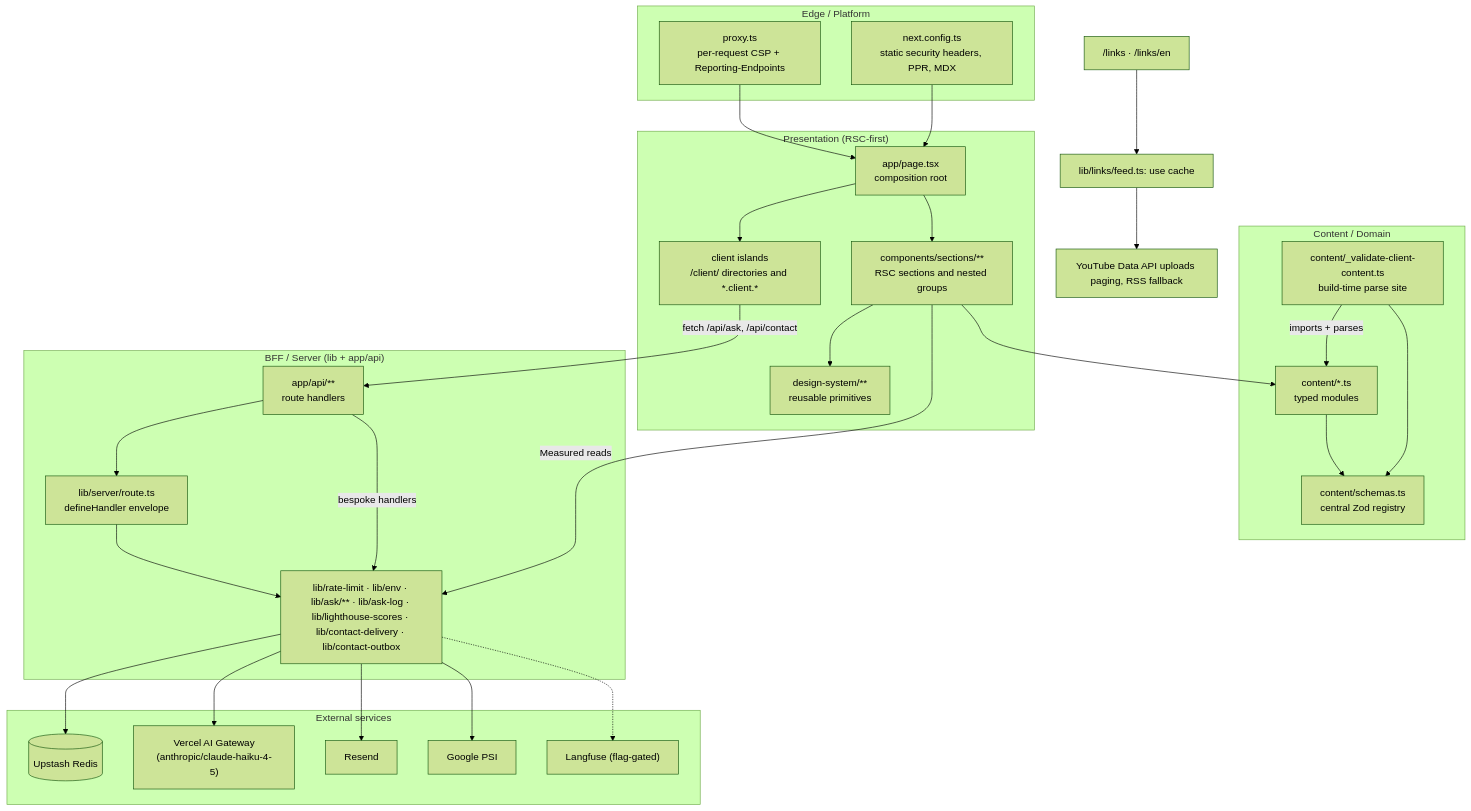
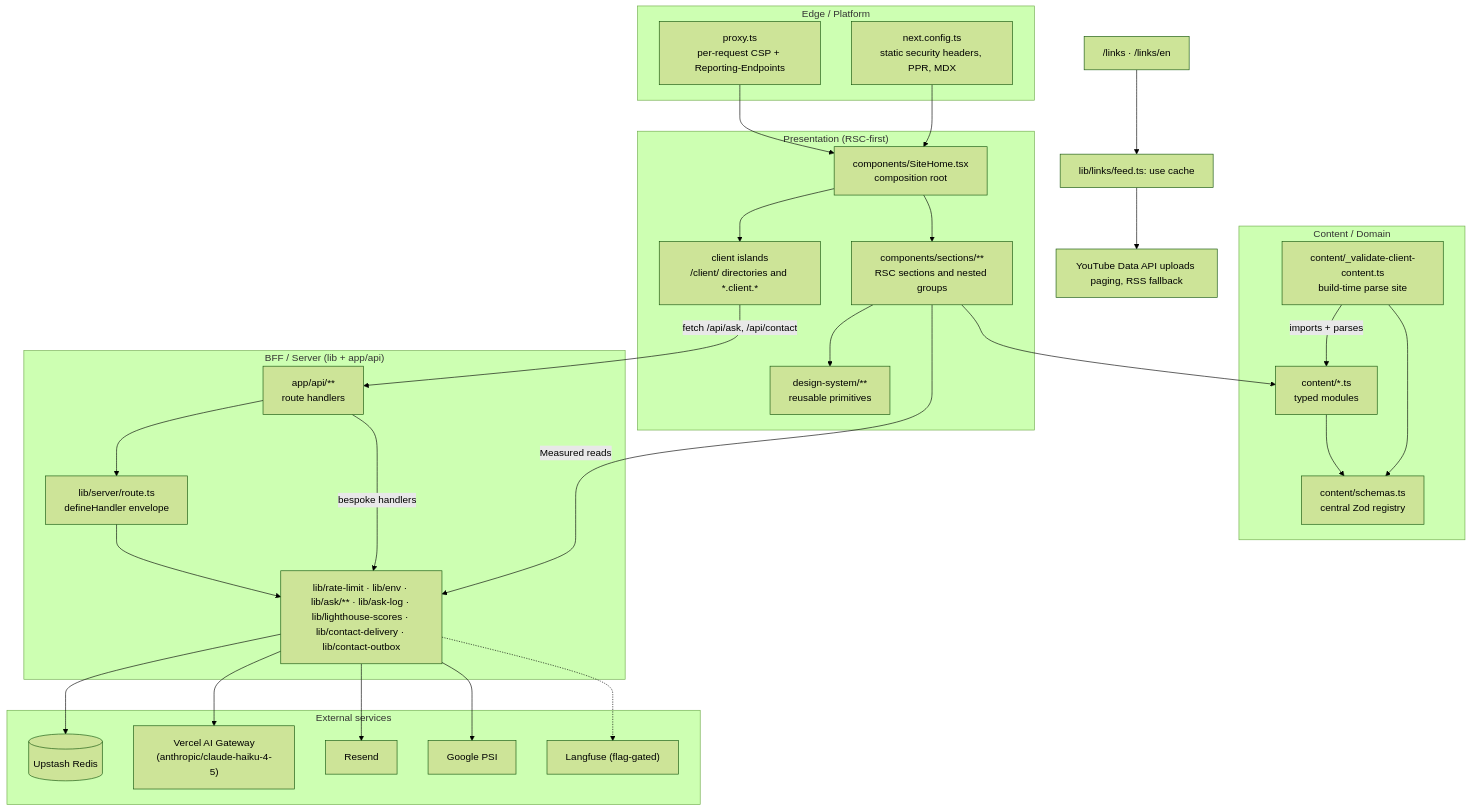
One commit to erikunha/portfolio changed the first of 3 diagrams in docs/01-architecture.md. Above: the diagram before and after it, drawn with Mermaid (forest theme). The commit also changed other lines of this file and 43 other files, not shown here.

````diff
--- a/docs/01-architecture.md
+++ b/docs/01-architecture.md
@@ -15,50 +15,50 @@
 ```mermaid
 flowchart TB
     subgraph edge["Edge / Platform"]
         proxy["proxy.ts<br/>per-request CSP + Reporting-Endpoints"]
         cfg["next.config.ts<br/>static security headers, PPR, MDX"]
     end
     subgraph present["Presentation (RSC-first)"]
-        page["app/page.tsx<br/>composition root"]
+        page["components/SiteHome.tsx<br/>composition root"]
         sections["components/sections/**<br/>RSC sections and nested groups"]
         islands["client islands<br/>/client/ directories and *.client.*"]
         ds["design-system/**<br/>reusable primitives"]
     end
     subgraph content["Content / Domain"]
         cmods["content/*.ts<br/>typed modules"]
         schemas["content/schemas.ts<br/>central Zod registry"]
         gate["content/_validate-client-content.ts<br/>build-time parse site"]
     end
     subgraph bff["BFF / Server (lib + app/api)"]
         api["app/api/**<br/>route handlers"]
         handler["lib/server/route.ts<br/>defineHandler envelope"]
         libcore["lib/rate-limit · lib/env · lib/ask/** · lib/ask-log · lib/lighthouse-scores · lib/contact-delivery · lib/contact-outbox"]
     end
     subgraph ext["External services"]
         redis[("Upstash Redis")]
         gw["Vercel AI Gateway<br/>(anthropic/claude-haiku-4-5)"]
         resend["Resend"]
         psi["Google PSI"]
         lf["Langfuse (flag-gated)"]
     end
 
     proxy --> page
     cfg --> page
     page --> sections --> ds
     page --> islands
     sections --> cmods
     cmods --> schemas
     gate -->|imports + parses| cmods
     gate --> schemas
     islands -->|fetch /api/ask, /api/contact| api
     api --> handler --> libcore
     api -->|bespoke handlers| libcore
     sections -->|Measured reads| libcore
     links["/links · /links/en"] --> feed["lib/links/feed.ts: use cache"]
     feed --> yt["YouTube Data API uploads paging, RSS fallback"]
     libcore --> redis
     libcore --> gw
     libcore --> resend
     libcore --> psi
     libcore -.-> lf
 ```
````
